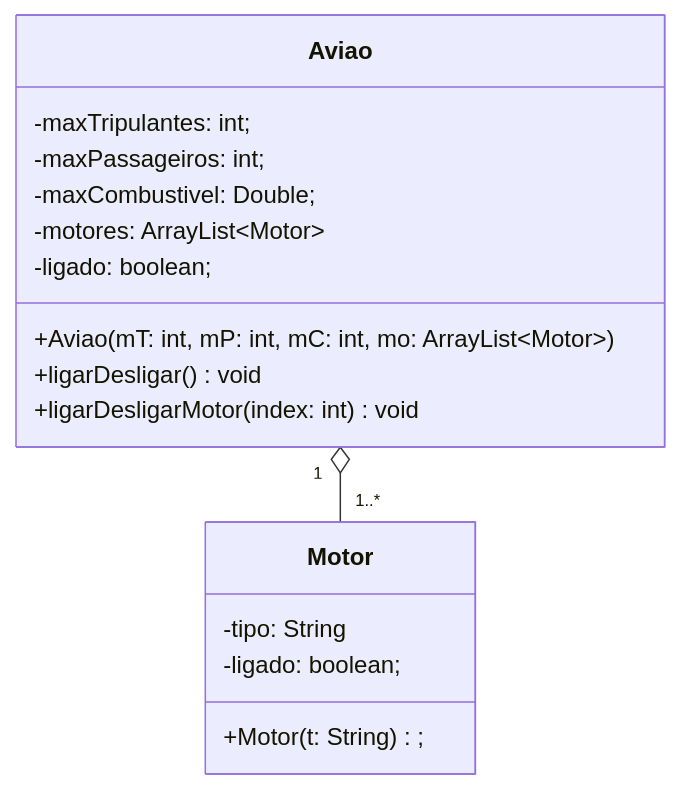
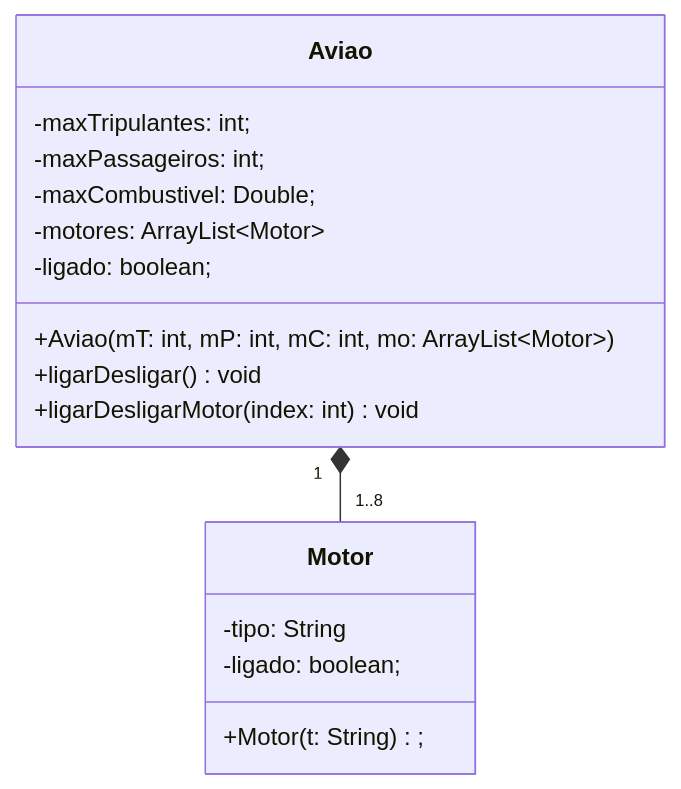
One commit to feliperezn/IFSC-ADS-POO-2026-2 changed the diagram in Aulas/2026-09-29-aula/Readme.md. Above: the diagram before and after it, drawn with Mermaid. The commit also changed 4 other files, not shown here.

````diff
--- a/Aulas/2026-09-29-aula/Readme.md
+++ b/Aulas/2026-09-29-aula/Readme.md
@@ -3,23 +3,23 @@
 ```mermaid
 classDiagram
 
 class Aviao {
     -maxTripulantes: int;
     -maxPassageiros: int;
     -maxCombustivel: Double;
     -motores: ArrayList~Motor~
     -ligado: boolean;
     +Aviao(mT: int, mP: int, mC: int, mo: ArrayList~Motor~)
     +ligarDesligar() void
     +ligarDesligarMotor(index: int) void
 }
 
 class Motor {
     -tipo: String
     -ligado: boolean;
     +Motor(t: String);
 }
 
-Aviao "1" o-- "1..*" Motor
+Aviao "1" *-- "1..8" Motor
 
 ```
````
